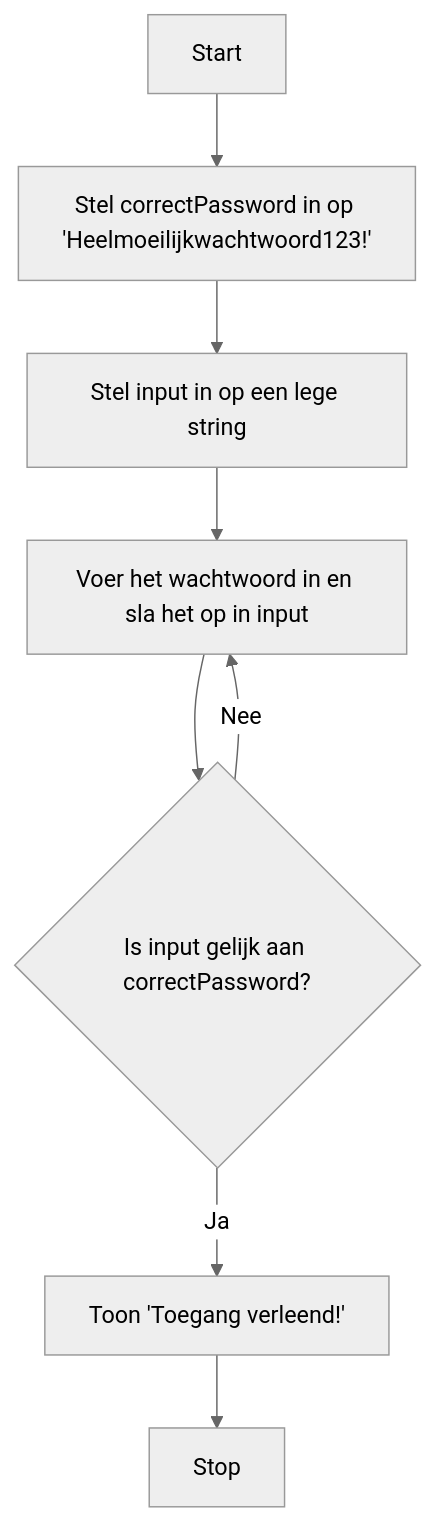
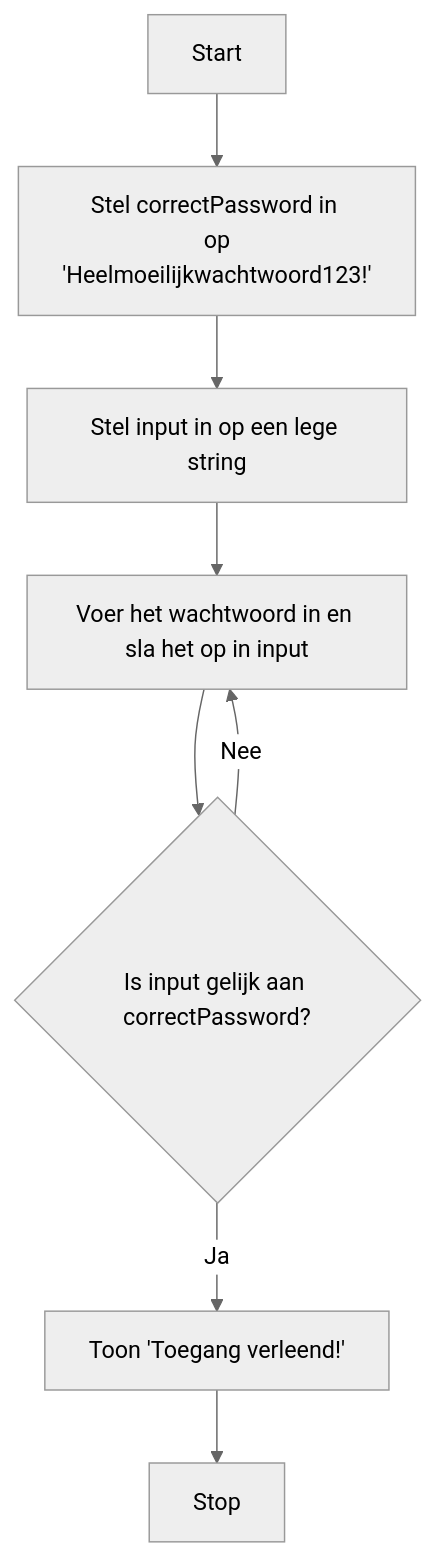
Before and after one commit to Windesheim-HBO-ICT/Leerlijn-Content-SE: the diagram in content/2. Ondersteunende-informatie/3. Processen/4. Implementatieproces/2. Bouwen softwaresysteem/While/1. While.md, drawn with Mermaid (neutral theme). The commit also changed other lines of this file and 1 other file, not shown here.

````diff
--- a/content/2. Ondersteunende-informatie/3. Processen/4. Implementatieproces/2. Bouwen softwaresysteem/While/1. While.md
+++ b/content/2. Ondersteunende-informatie/3. Processen/4. Implementatieproces/2. Bouwen softwaresysteem/While/1. While.md
@@ -63,10 +60,10 @@
 ```mermaid
 flowchart TD
-    A[Start] --> B[Stel correctPassword in op 'Heelmoeilijkwachtwoord123!']
+    A[Start] --> B[Stel correctPassword in \n op 'Heelmoeilijkwachtwoord123!']
     B --> C[Stel input in op een lege string]
     C --> D[Voer het wachtwoord in en sla het op in input]
     D --> E{Is input gelijk aan correctPassword?}
     E -- Nee --> D
     E -- Ja --> F[Toon 'Toegang verleend!']
     F --> G[Stop]
 ```
````
